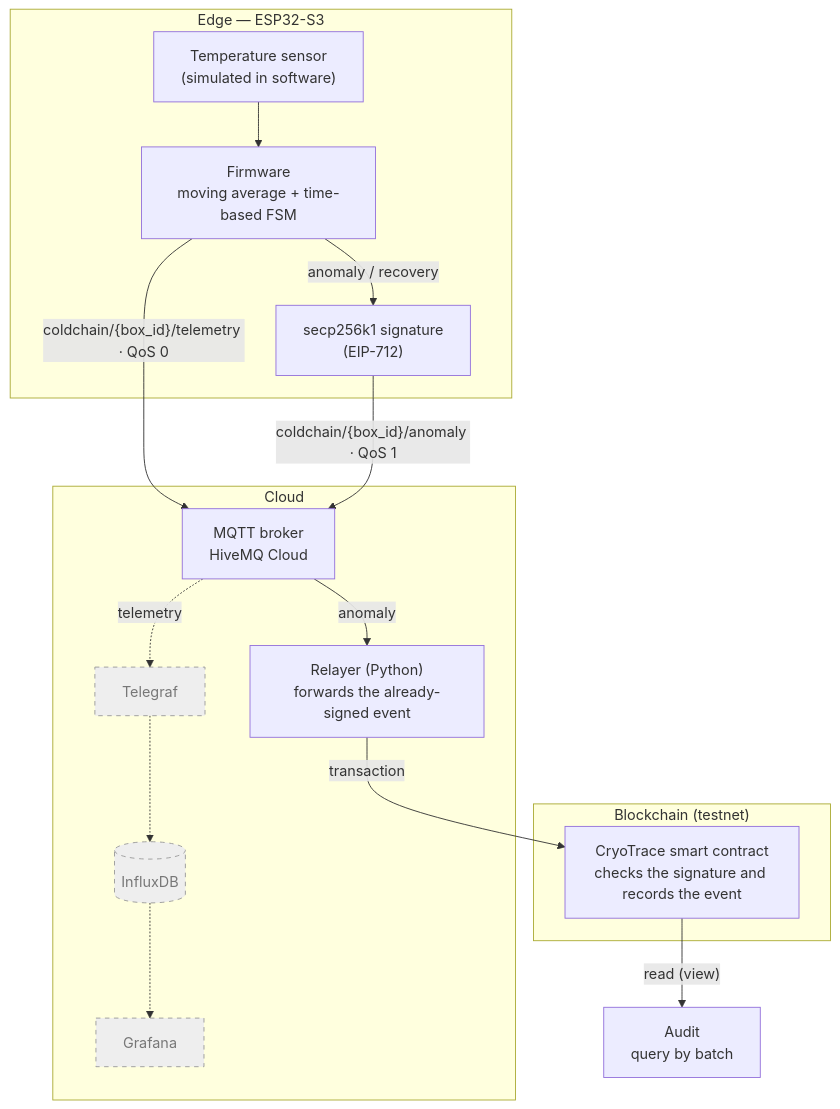
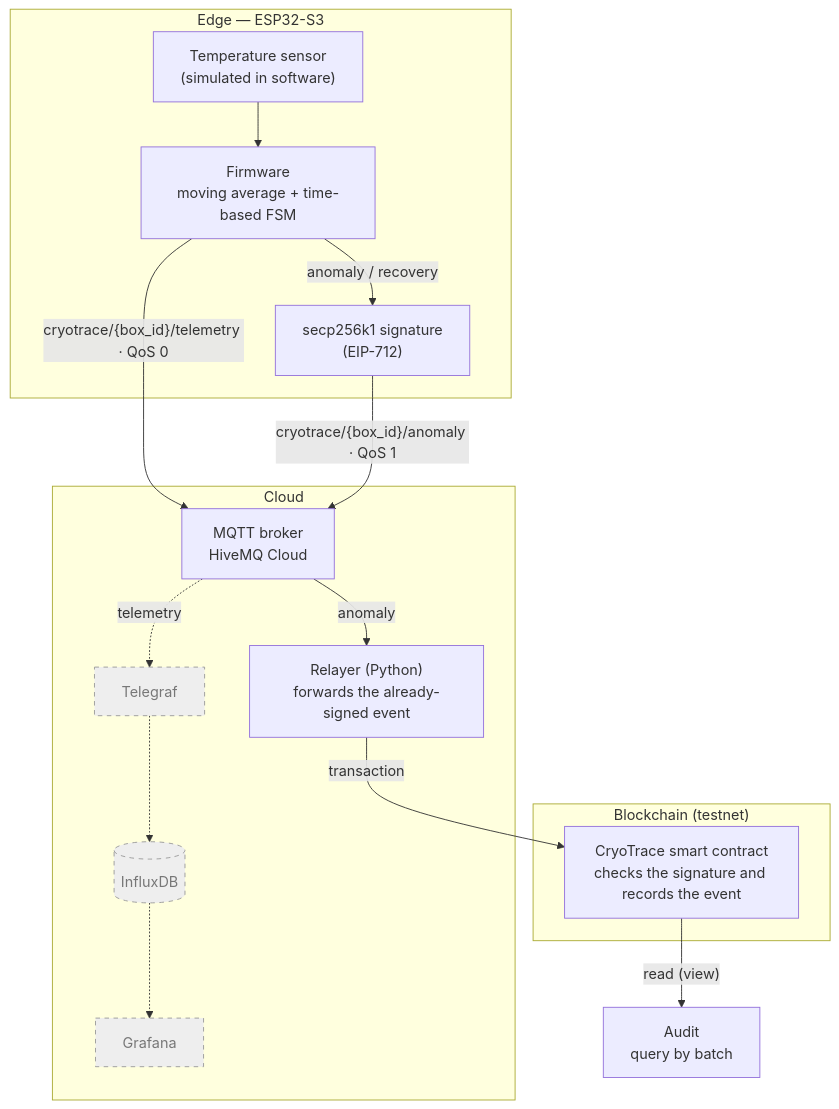
One commit to JoaoDant4s/CryoTrace changed the diagram in README.md. Above: the diagram before and after it, drawn with Mermaid. The commit also changed other lines of this file and 19 other files, not shown here.

````diff
--- a/README.md
+++ b/README.md
@@ -12,37 +12,37 @@
 ```mermaid
 flowchart TB
     subgraph EDGE["Edge — ESP32-S3"]
         SENSOR["Temperature sensor<br/>(simulated in software)"]
         FW["Firmware<br/>moving average + time-based FSM"]
         SIGN["secp256k1 signature<br/>(EIP-712)"]
         SENSOR --> FW
         FW -- "anomaly / recovery" --> SIGN
     end
 
     subgraph CLOUD["Cloud"]
         BROKER["MQTT broker<br/>HiveMQ Cloud"]
         RELAYER["Relayer (Python)<br/>forwards the already-signed event"]
         TELEGRAF["Telegraf"]
         INFLUX[("InfluxDB")]
         GRAFANA["Grafana"]
     end
 
     subgraph CHAIN["Blockchain (testnet)"]
         SC["CryoTrace smart contract<br/>checks the signature and records the event"]
     end
 
     TERM["Audit<br/>query by batch"]
 
-    FW -- "coldchain/{box_id}/telemetry · QoS 0" --> BROKER
-    SIGN -- "coldchain/{box_id}/anomaly · QoS 1" --> BROKER
+    FW -- "cryotrace/{box_id}/telemetry · QoS 0" --> BROKER
+    SIGN -- "cryotrace/{box_id}/anomaly · QoS 1" --> BROKER
     BROKER -- "anomaly" --> RELAYER
     RELAYER -- "transaction" --> SC
     SC -- "read (view)" --> TERM
 
     BROKER -. "telemetry" .-> TELEGRAF
     TELEGRAF -.-> INFLUX
     INFLUX -.-> GRAFANA
 
     classDef out fill:#eeeeee,stroke:#999999,stroke-dasharray:5 5,color:#777777
     class TELEGRAF,INFLUX,GRAFANA out
 ```
````
